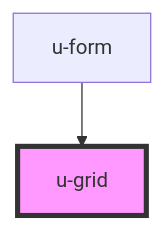
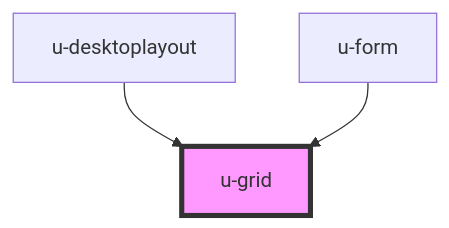
The diagram in src/components/u-grid/readme.md (theUrbans/uniform), drawn with Mermaid before and after one commit. The commit also changed other lines of this file and 21 other files, not shown here.

````diff
--- a/src/components/u-grid/readme.md
+++ b/src/components/u-grid/readme.md
@@ -27,5 +28,6 @@
 ```mermaid
 graph TD;
+  u-desktoplayout --> u-grid
   u-form --> u-grid
   style u-grid fill:#f9f,stroke:#333,stroke-width:4px
 ```
````
